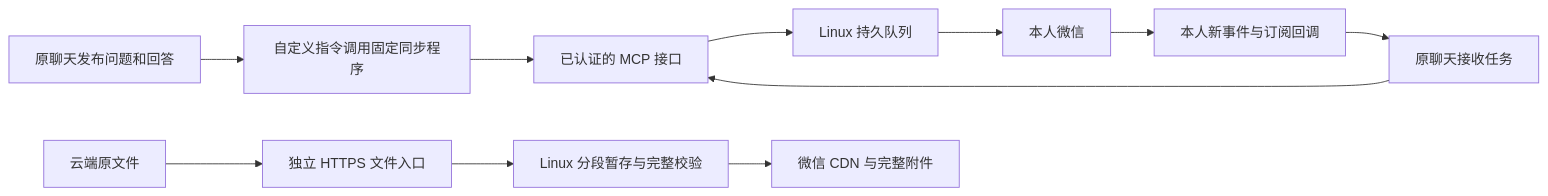
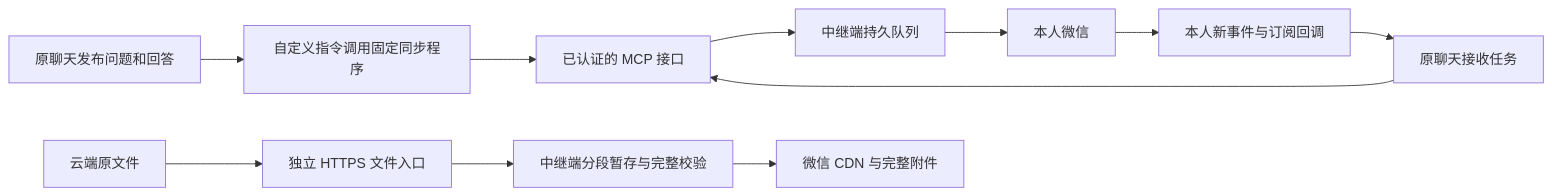
Before and after one commit to zxshm/wechat-mcp-bridge: the second of 2 diagrams in README.md, drawn with Mermaid. The commit also changed other lines of this file and 9 other files, not shown here.

````diff
--- a/README.md
+++ b/README.md
@@ -25,13 +45,13 @@
 ```mermaid
 flowchart LR
   A[原聊天发布问题和回答] --> B[自定义指令调用固定同步程序]
   B --> C[已认证的 MCP 接口]
-  C --> D[Linux 持久队列]
+  C --> D[中继端持久队列]
   D --> E[本人微信]
   E --> F[本人新事件与订阅回调]
   F --> G[原聊天接收任务]
   G --> C
   H[云端原文件] --> I[独立 HTTPS 文件入口]
-  I --> J[Linux 分段暂存与完整校验]
+  I --> J[中继端分段暂存与完整校验]
   J --> K[微信 CDN 与完整附件]
 ```
````
